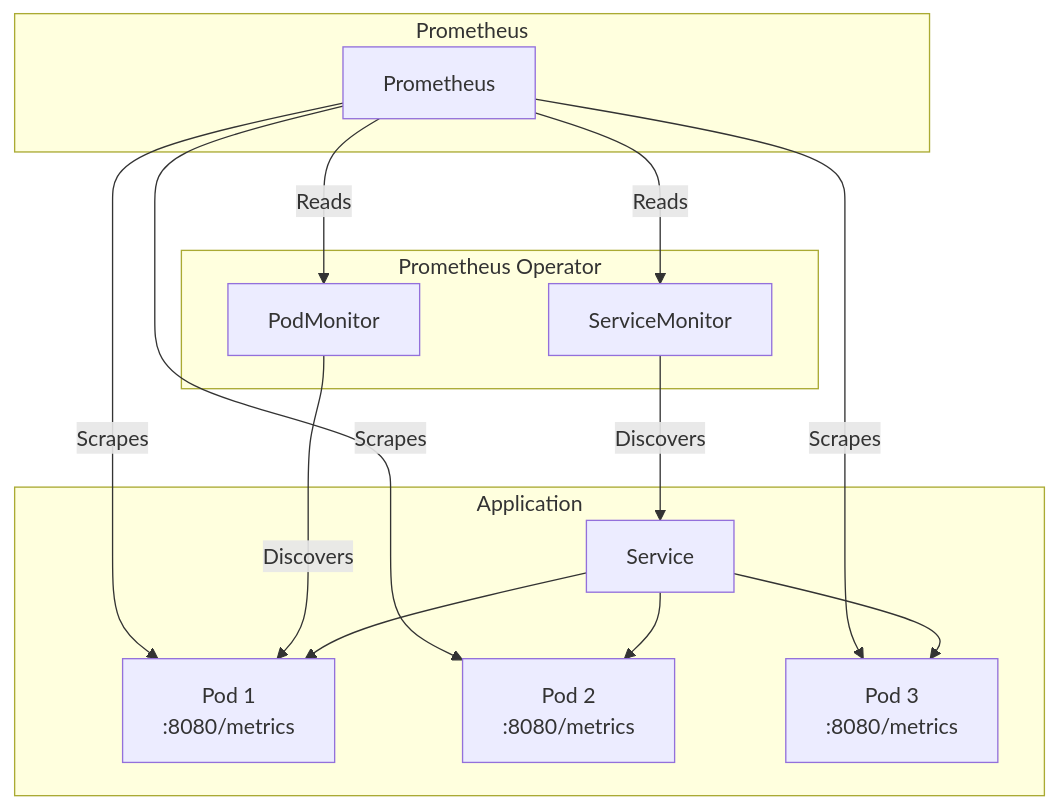
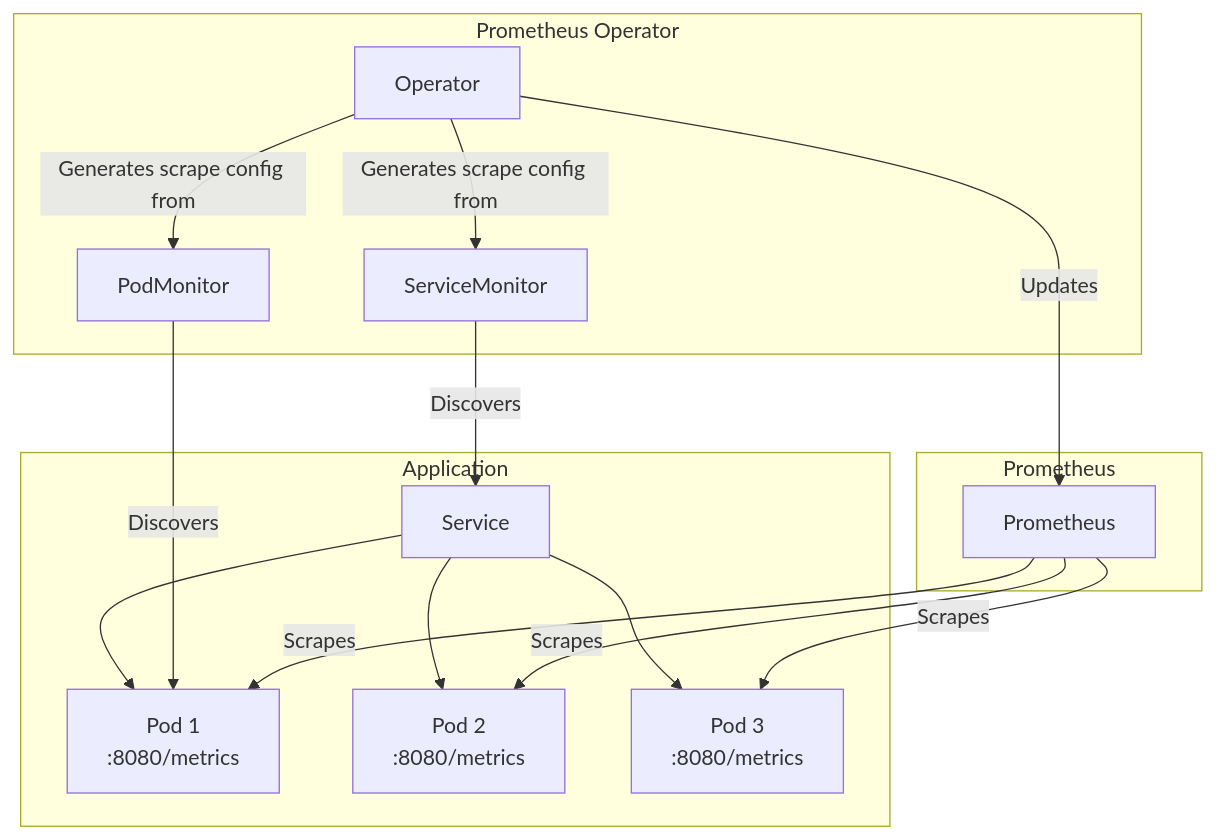
Before and after one commit to OneUptime/blog: the diagram in posts/2026-01-19-kubernetes-prometheus-servicemonitor/README.md, drawn with Mermaid. The commit also changed other lines of this file and 4262 other files, not shown here.

````diff
--- a/posts/2026-01-19-kubernetes-prometheus-servicemonitor/README.md
+++ b/posts/2026-01-19-kubernetes-prometheus-servicemonitor/README.md
@@ -17,21 +17,22 @@
 ```mermaid
 flowchart TD
     subgraph "Application"
         SVC[Service] --> POD1[Pod 1<br/>:8080/metrics]
         SVC --> POD2[Pod 2<br/>:8080/metrics]
         SVC --> POD3[Pod 3<br/>:8080/metrics]
     end
     
     subgraph "Prometheus Operator"
         SM[ServiceMonitor] --> |Discovers| SVC
         PM[PodMonitor] --> |Discovers| POD1
+        OP[Operator] --> |Generates scrape config from| SM
+        OP --> |Generates scrape config from| PM
     end
     
     subgraph "Prometheus"
-        PROM[Prometheus] --> |Reads| SM
-        PROM --> |Reads| PM
+        OP --> |Updates| PROM[Prometheus]
         PROM --> |Scrapes| POD1
         PROM --> |Scrapes| POD2
         PROM --> |Scrapes| POD3
     end
 ```
````
